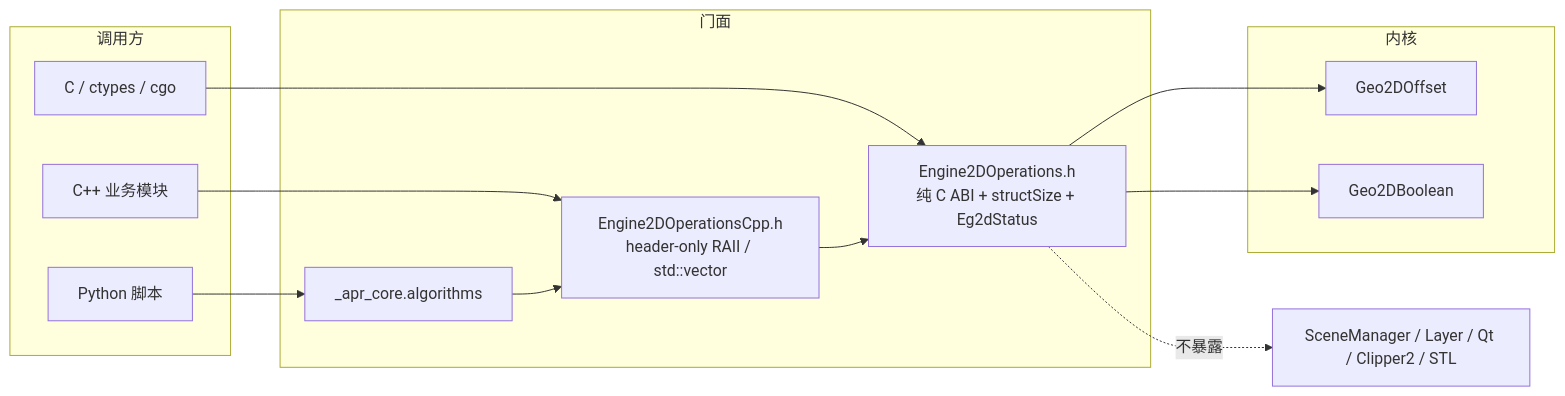
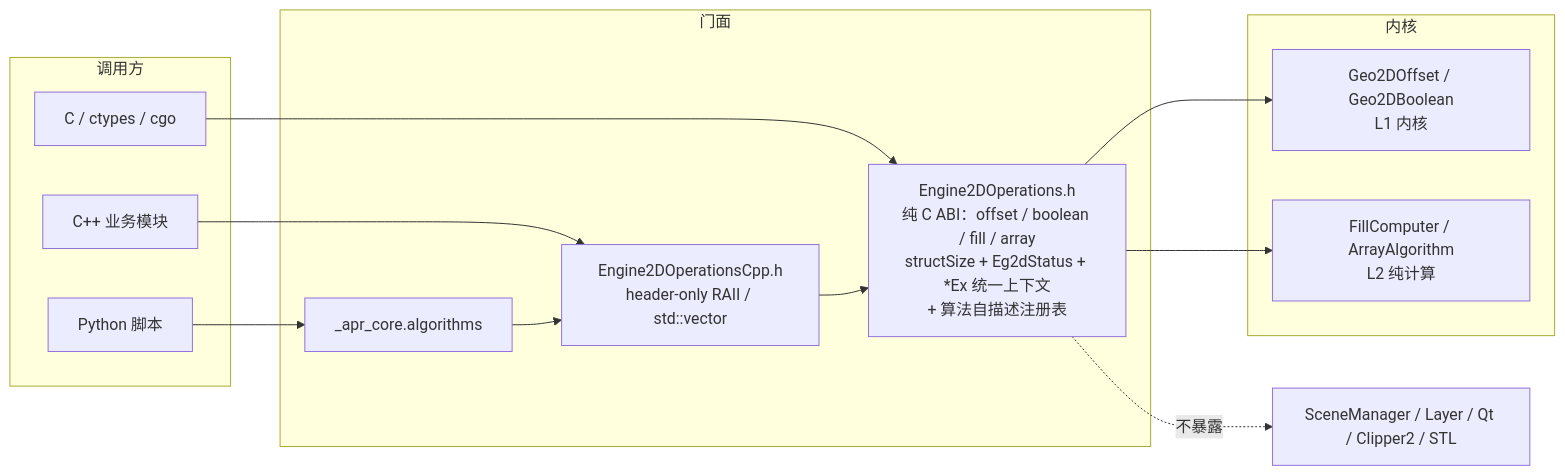
One commit to yulinxx/CAD changed the fifth of 9 diagrams in Docs/06-算法/2D/11-算法框架图表集.md. Above: the diagram before and after it, drawn with Mermaid. The commit also changed 1 other file, not shown here.

Commit message:
docs(2D架构): record unified execution context and algorithm registry

````diff
--- a/Docs/06-算法/2D/11-算法框架图表集.md
+++ b/Docs/06-算法/2D/11-算法框架图表集.md
@@ -160,27 +160,27 @@
 ```mermaid
 flowchart LR
     subgraph 调用方
         C["C / ctypes / cgo"]
         CPP["C++ 业务模块"]
         PY["Python 脚本"]
     end
 
     subgraph 门面
-        H1["Engine2DOperations.h<br/>纯 C ABI + structSize + Eg2dStatus"]
+        H1["Engine2DOperations.h<br/>纯 C ABI：offset / boolean / fill / array<br/>structSize + Eg2dStatus + *Ex 统一上下文<br/>+ 算法自描述注册表"]
         H2["Engine2DOperationsCpp.h<br/>header-only RAII / std::vector"]
         H3["_apr_core.algorithms"]
     end
 
     subgraph 内核
-        K1["Geo2DOffset"]
-        K2["Geo2DBoolean"]
+        K1["Geo2DOffset / Geo2DBoolean<br/>L1 内核"]
+        K2["FillComputer / ArrayAlgorithm<br/>L2 纯计算"]
     end
 
     C --> H1
     CPP --> H2 --> H1
     PY --> H3 --> H2
     H1 --> K1
     H1 --> K2
 
     H1 -.->|不暴露| SC["SceneManager / Layer / Qt / Clipper2 / STL"]
 ```
````
